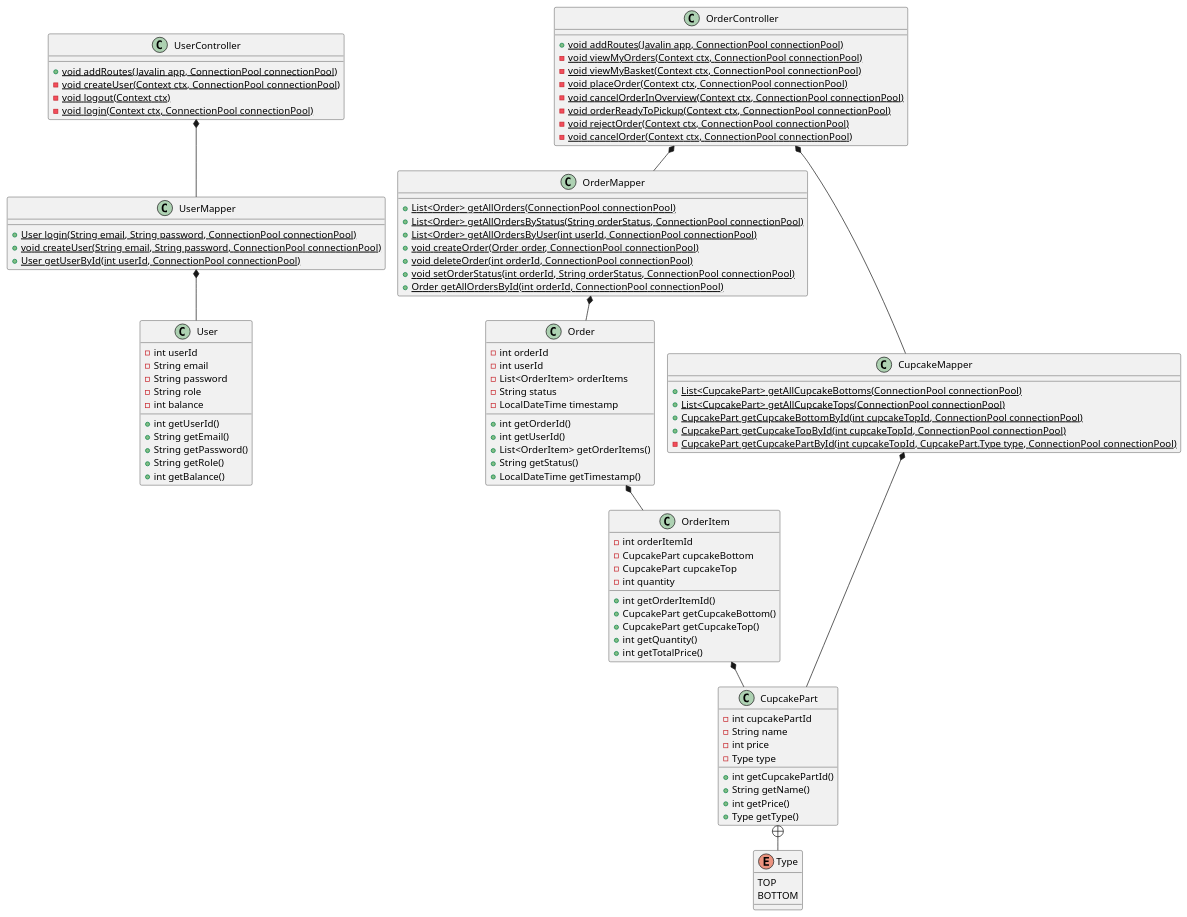
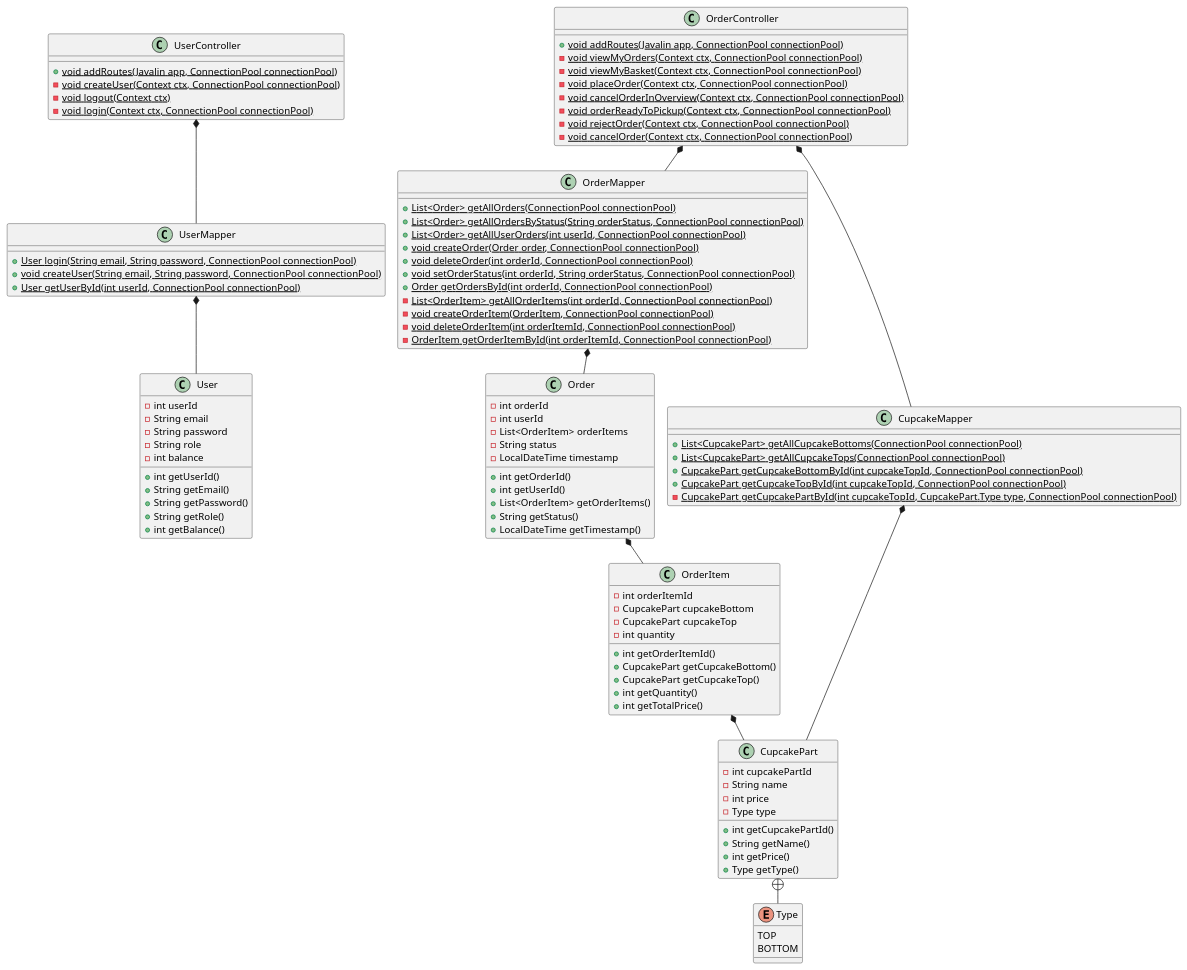
Before and after one commit to Shiihon/Dat2_Cupcake: the diagram in doc/static/class diagrams/classdiagram.puml, drawn with PlantUML. The commit also changed 1 other file, not shown here.

Commit message:
Add OrderMapper OrderItem methods

```diff
--- a/doc/static/class diagrams/classdiagram.puml
+++ b/doc/static/class diagrams/classdiagram.puml
@@ -1,120 +1,124 @@
 @startuml
 'https://plantuml.com/class-diagram
 
 !pragma layout smetana
 
 class UserController {
 + {static} void addRoutes(Javalin app, ConnectionPool connectionPool)
 - {static} void createUser(Context ctx, ConnectionPool connectionPool)
 - {static} void logout(Context ctx)
 - {static} void login(Context ctx, ConnectionPool connectionPool)
 }
 
 class OrderController {
 + {static} void addRoutes(Javalin app, ConnectionPool connectionPool)
 - {static} void viewMyOrders(Context ctx, ConnectionPool connectionPool)
 - {static} void viewMyBasket(Context ctx, ConnectionPool connectionPool)
 - {static} void placeOrder(Context ctx, ConnectionPool connectionPool)
 - {static} void cancelOrderInOverview(Context ctx, ConnectionPool connectionPool)
 - {static} void orderReadyToPickup(Context ctx, ConnectionPool connectionPool)
 - {static} void rejectOrder(Context ctx, ConnectionPool connectionPool)
 - {static} void cancelOrder(Context ctx, ConnectionPool connectionPool)
 }
 
 class UserMapper {
 + {static} User login(String email, String password, ConnectionPool connectionPool)
 + {static} void createUser(String email, String password, ConnectionPool connectionPool)
 + {static} User getUserById(int userId, ConnectionPool connectionPool)
 }
 
 class OrderMapper {
 + {static} List<Order> getAllOrders(ConnectionPool connectionPool)
 + {static} List<Order> getAllOrdersByStatus(String orderStatus, ConnectionPool connectionPool)
-+ {static} List<Order> getAllOrdersByUser(int userId, ConnectionPool connectionPool)
++ {static} List<Order> getAllUserOrders(int userId, ConnectionPool connectionPool)
 + {static} void createOrder(Order order, ConnectionPool connectionPool)
 + {static} void deleteOrder(int orderId, ConnectionPool connectionPool)
 + {static} void setOrderStatus(int orderId, String orderStatus, ConnectionPool connectionPool)
-+ {static} Order getAllOrdersById(int orderId, ConnectionPool connectionPool)
++ {static} Order getOrdersById(int orderId, ConnectionPool connectionPool)
+- {static} List<OrderItem> getAllOrderItems(int orderId, ConnectionPool connectionPool)
+- {static} void createOrderItem(OrderItem, ConnectionPool connectionPool)
+- {static} void deleteOrderItem(int orderItemId, ConnectionPool connectionPool)
+- {static} OrderItem getOrderItemById(int orderItemId, ConnectionPool connectionPool)
 }
 
 class CupcakeMapper {
 + {static} List<CupcakePart> getAllCupcakeBottoms(ConnectionPool connectionPool)
 + {static} List<CupcakePart> getAllCupcakeTops(ConnectionPool connectionPool)
 + {static} CupcakePart getCupcakeBottomById(int cupcakeTopId, ConnectionPool connectionPool)
 + {static} CupcakePart getCupcakeTopById(int cupcakeTopId, ConnectionPool connectionPool)
 - {static} CupcakePart getCupcakePartById(int cupcakeTopId, CupcakePart.Type type, ConnectionPool connectionPool)
 }
 
 class User {
 - int userId
 - String email
 - String password
 - String role
 - int balance
 
 + int getUserId()
 + String getEmail()
 + String getPassword()
 + String getRole()
 + int getBalance()
 }
 
 class Order {
 - int orderId
 - int userId
 - List<OrderItem> orderItems
 - String status
 - LocalDateTime timestamp
 
 + int getOrderId()
 + int getUserId()
 + List<OrderItem> getOrderItems()
 + String getStatus()
 + LocalDateTime getTimestamp()
 }
 
 class OrderItem {
 - int orderItemId
 - CupcakePart cupcakeBottom
 - CupcakePart cupcakeTop
 - int quantity
 
 + int getOrderItemId()
 + CupcakePart getCupcakeBottom()
 + CupcakePart getCupcakeTop()
 + int getQuantity()
 + int getTotalPrice()
 }
 
 class CupcakePart {
 - int cupcakePartId
 - String name
 - int price
 - Type type
 
 + int getCupcakePartId()
 + String getName()
 + int getPrice()
 + Type getType()
 }
 
 enum Type {
 TOP
 BOTTOM
 }
 
 UserController *-- UserMapper
 OrderController *-- OrderMapper
 OrderController *-- CupcakeMapper
 
 UserMapper *-- User
 OrderMapper *-- Order
 CupcakeMapper *-- CupcakePart
 
 Order *-- OrderItem
 
 OrderItem *-- CupcakePart
 
 CupcakePart +-- Type
 
 @enduml
```
